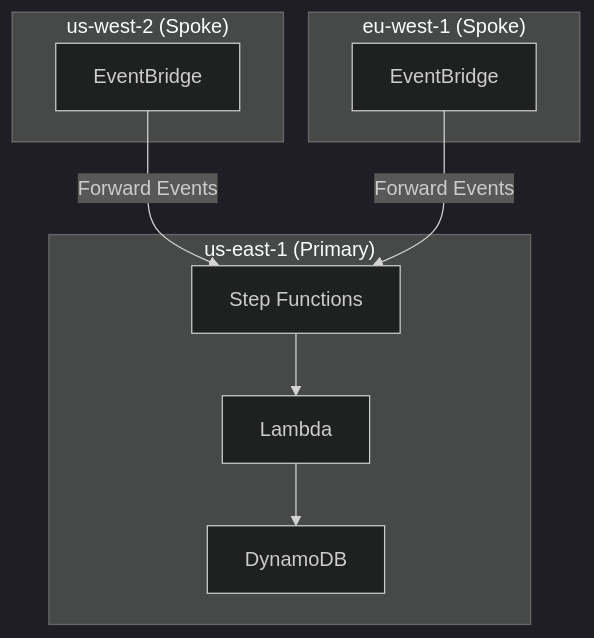
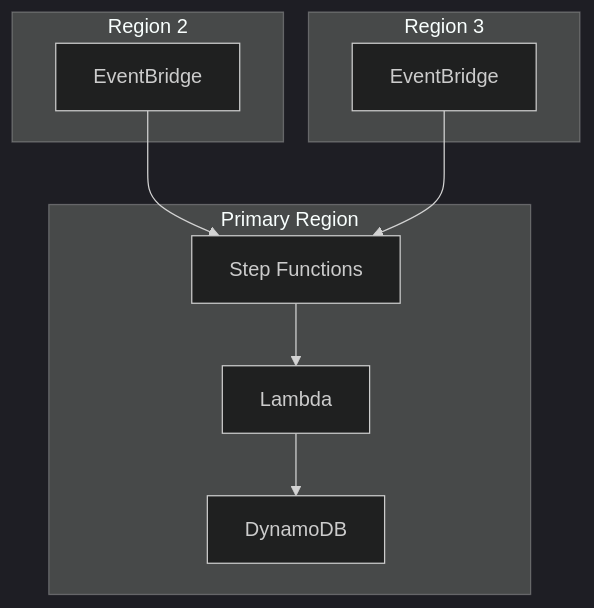
Before and after one commit to nelssec/qualys-fargate: the third of 5 diagrams in docs/blog-technical-architecture.md, drawn with Mermaid (dark theme). The commit also changed other lines of this file and 6 other files, not shown here.

````diff
--- a/docs/blog-technical-architecture.md
+++ b/docs/blog-technical-architecture.md
@@ -147,21 +111,20 @@
 ```mermaid
 flowchart TB
-    subgraph primary["us-east-1 (Primary)"]
+    subgraph primary["Primary Region"]
         SF[Step Functions]
         LAMBDA[Lambda]
         DDB[DynamoDB]
     end
 
-    subgraph spoke1["us-west-2 (Spoke)"]
+    subgraph spoke1["Region 2"]
         EB1[EventBridge]
     end
 
-    subgraph spoke2["eu-west-1 (Spoke)"]
+    subgraph spoke2["Region 3"]
         EB2[EventBridge]
     end
 
-    EB1 -->|Forward Events| SF
-    EB2 -->|Forward Events| SF
-    SF --> LAMBDA
-    LAMBDA --> DDB
+    EB1 --> SF
+    EB2 --> SF
+    SF --> LAMBDA --> DDB
 ```
````
